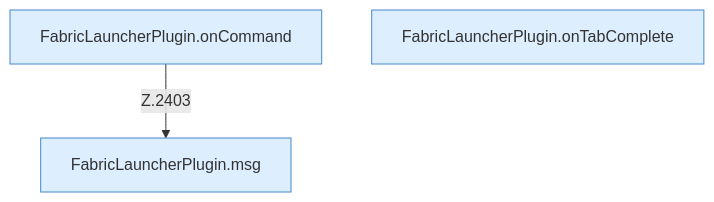
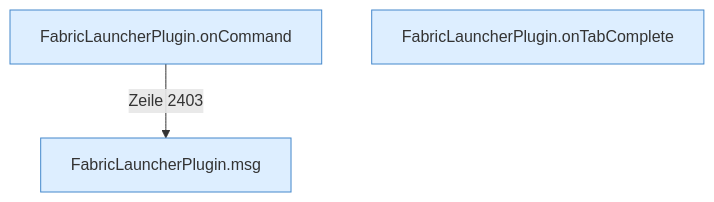
Before and after one commit to PrinceDiamant/minecraft-serverhoster-plugin: the diagram in Befehle.md, drawn with Mermaid. The commit also changed other lines of this file and 2005 other files, not shown here.

````diff
--- a/Befehle.md
+++ b/Befehle.md
@@ -5,9 +5,9 @@
 ```mermaid
 flowchart TD
   n1["FabricLauncherPlugin.onCommand"]:::internal-link
   n2["FabricLauncherPlugin.onTabComplete"]:::internal-link
   n3["FabricLauncherPlugin.msg"]:::internal-link
-  n1 -->|"Z.2403"| n3
+  n1 -->|"Zeile 2403"| n3
   classDef internal-link fill:#ddeeff,stroke:#4488cc
   classDef befund fill:#f88
 ```
````
